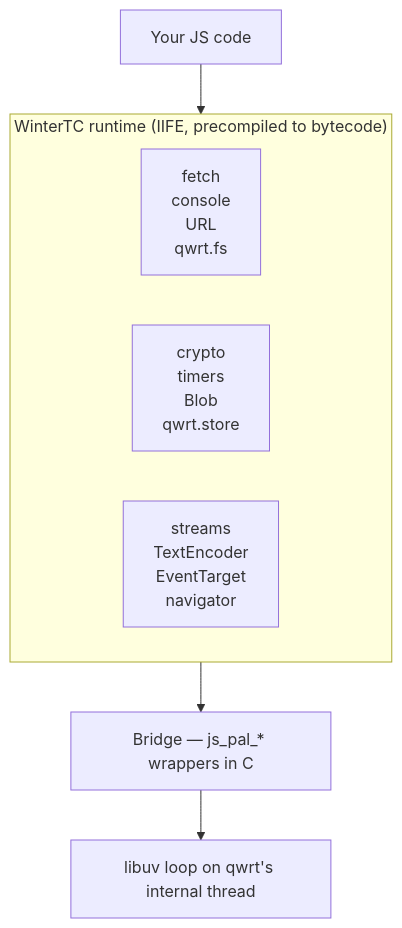
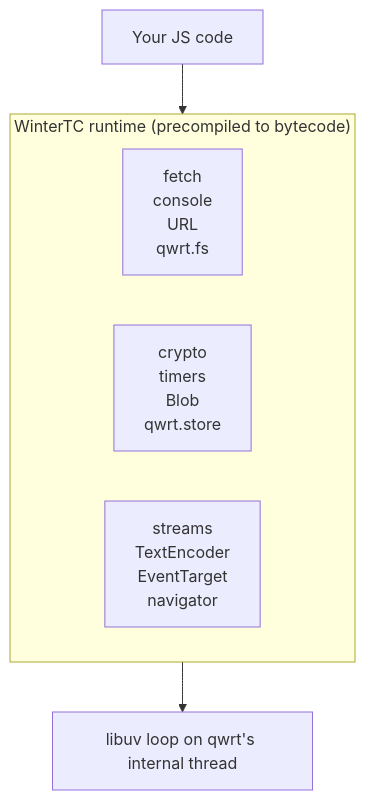
The diagram in docs/js-api/index.md (adam-ikari/qwrt), drawn with Mermaid before and after one commit. The commit also changed 19 other files, not shown here.

First line of the commit message:
docs(js-api): 清除内部实现细节——pal 层、polyfill 文件路径、bridge、uv_fs_* 不外露

````diff
--- a/docs/js-api/index.md
+++ b/docs/js-api/index.md
@@ -12,12 +12,11 @@
 ```mermaid
 flowchart TB
     A["Your JS code"] --> B
-    subgraph B["WinterTC runtime (IIFE, precompiled to bytecode)"]
+    subgraph B["WinterTC runtime (precompiled to bytecode)"]
         direction LR
         C["fetch<br/>console<br/>URL<br/>qwrt.fs"]
         D["crypto<br/>timers<br/>Blob<br/>qwrt.store"]
         E["streams<br/>TextEncoder<br/>EventTarget<br/>navigator"]
     end
-    B --> G["Bridge — js_pal_* wrappers in C"]
-    G --> H["libuv loop on qwrt's internal thread"]
+    B --> G["libuv loop on qwrt's internal thread"]
 ```
````
